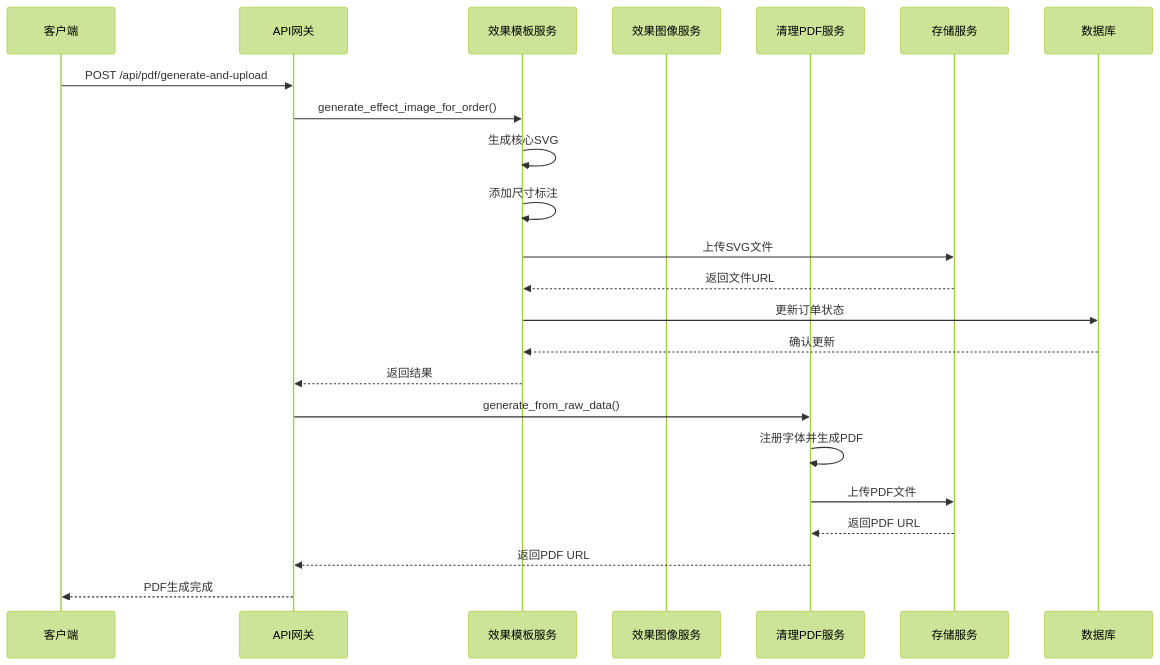
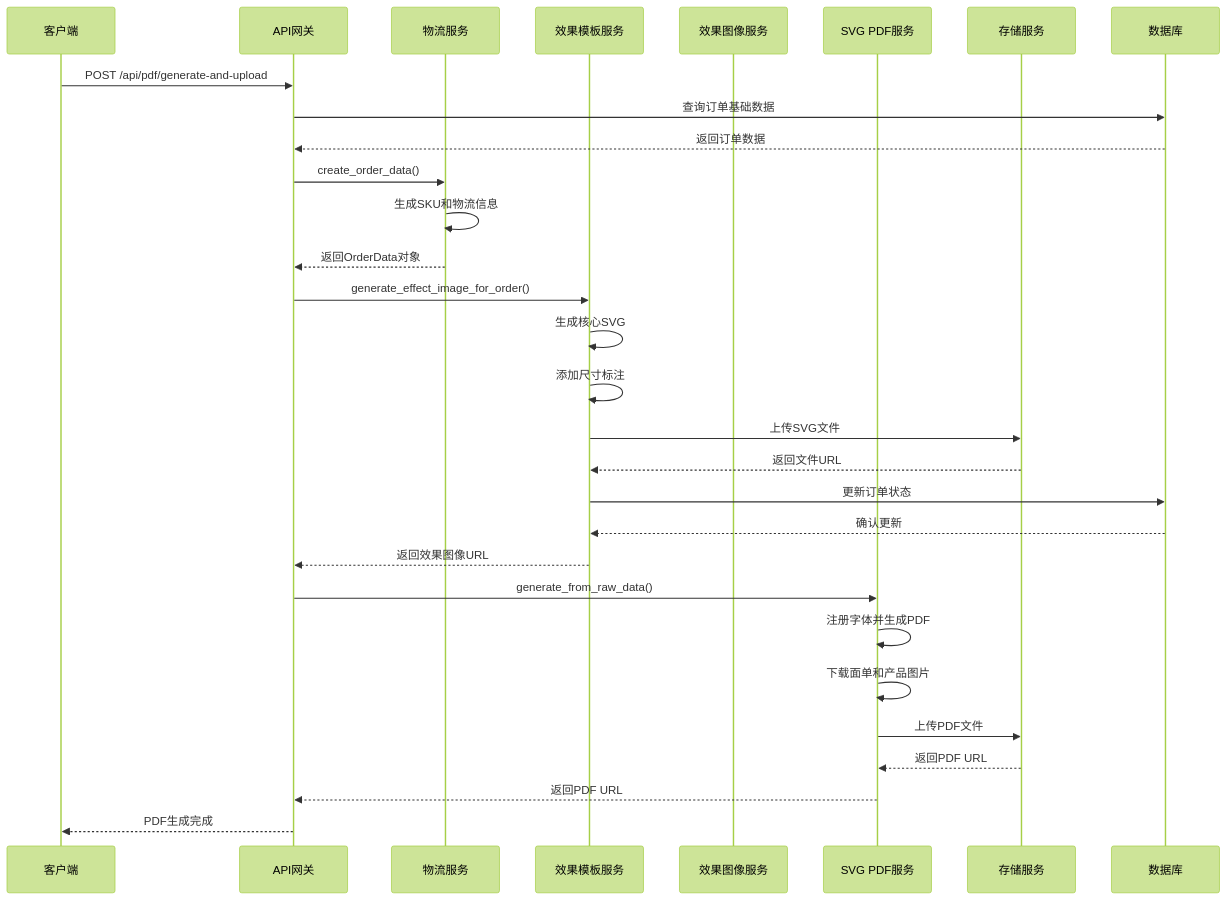
One commit to SY6621/POD-Order-Management changed the third of 10 diagrams in .qoder/repowiki/zh/content/开发指南/PDF生成系统.md. Above: the diagram before and after it, drawn with Mermaid (forest theme). The commit also changed other lines of this file and 39 other files, not shown here.

````diff
--- a/.qoder/repowiki/zh/content/开发指南/PDF生成系统.md
+++ b/.qoder/repowiki/zh/content/开发指南/PDF生成系统.md
@@ -224,25 +246,32 @@
 ```mermaid
 sequenceDiagram
 participant Client as 客户端
 participant API as API网关
+participant ShippingService as 物流服务
 participant EffectTemplateService as 效果模板服务
 participant EffectImageService as 效果图像服务
-participant PDFCleanService as 清理PDF服务
+participant SVGPDFService as SVG PDF服务
 participant Storage as 存储服务
 participant DB as 数据库
 Client->>API : POST /api/pdf/generate-and-upload
+API->>DB : 查询订单基础数据
+DB-->>API : 返回订单数据
+API->>ShippingService : create_order_data()
+ShippingService->>ShippingService : 生成SKU和物流信息
+ShippingService-->>API : 返回OrderData对象
 API->>EffectTemplateService : generate_effect_image_for_order()
 EffectTemplateService->>EffectTemplateService : 生成核心SVG
 EffectTemplateService->>EffectTemplateService : 添加尺寸标注
 EffectTemplateService->>Storage : 上传SVG文件
 Storage-->>EffectTemplateService : 返回文件URL
 EffectTemplateService->>DB : 更新订单状态
 DB-->>EffectTemplateService : 确认更新
-EffectTemplateService-->>API : 返回结果
-API->>PDFCleanService : generate_from_raw_data()
-PDFCleanService->>PDFCleanService : 注册字体并生成PDF
-PDFCleanService->>Storage : 上传PDF文件
-Storage-->>PDFCleanService : 返回PDF URL
-PDFCleanService-->>API : 返回PDF URL
+EffectTemplateService-->>API : 返回效果图像URL
+API->>SVGPDFService : generate_from_raw_data()
+SVGPDFService->>SVGPDFService : 注册字体并生成PDF
+SVGPDFService->>SVGPDFService : 下载面单和产品图片
+SVGPDFService->>Storage : 上传PDF文件
+Storage-->>SVGPDFService : 返回PDF URL
+SVGPDFService-->>API : 返回PDF URL
 API-->>Client : PDF生成完成
 ```
````
